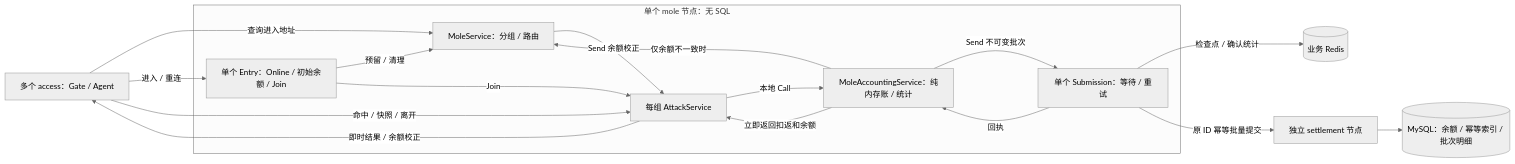
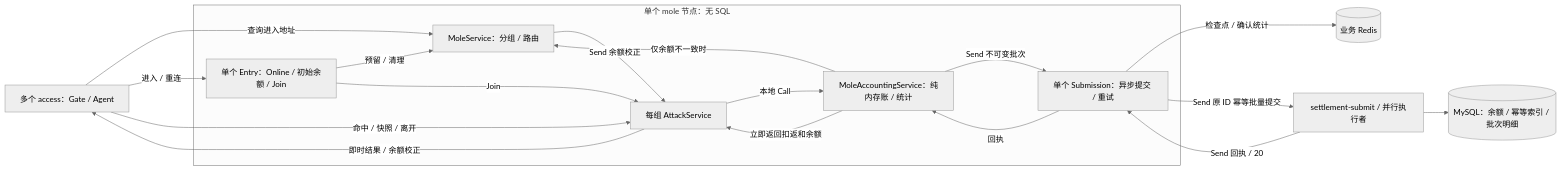
One commit to cnooljaw/gsrdemo changed the diagram in docs/DESIGN.md. Above: the diagram before and after it, drawn with Mermaid (neutral theme). The commit also changed other lines of this file and 34 other files, not shown here.

````diff
--- a/docs/DESIGN.md
+++ b/docs/DESIGN.md
@@ -261,21 +261,22 @@
 ```mermaid
 flowchart LR
     A["多个 access：Gate / Agent"] -->|"查询进入地址"| E
     A -->|"进入 / 重连"| I
     A -->|"命中 / 快照 / 离开"| G
     subgraph M["单个 mole 节点：无 SQL"]
         E["MoleService：分组 / 路由"]
         I["单个 Entry：Online / 初始余额 / Join"] -->|"预留 / 清理"| E
         I -->|"Join"| G["每组 AttackService"]
         E -->|"Send 余额校正"| G
         G -->|"本地 Call"| B["MoleAccountingService：纯内存账 / 统计"]
         B -->|"立即返回扣返和余额"| G
-        B -->|"Send 不可变批次"| T["单个 Submission：等待 / 重试"]
+        B -->|"Send 不可变批次"| T["单个 Submission：异步提交 / 重试"]
         T -->|"回执"| B
         B -->|"仅余额不一致时"| E
     end
     G -->|"即时结果 / 余额校正"| A
     T -->|"检查点 / 确认统计"| R[("业务 Redis")]
-    T -->|"原 ID 幂等批量提交"| S["独立 settlement 节点"]
+    T -->|"Send 原 ID 幂等批量提交"| S["settlement-submit / 并行执行者"]
+    S -->|"Send 回执 / 20"| T
     S --> D[("MySQL：余额 / 幂等索引 / 批次明细")]
 ```
````
